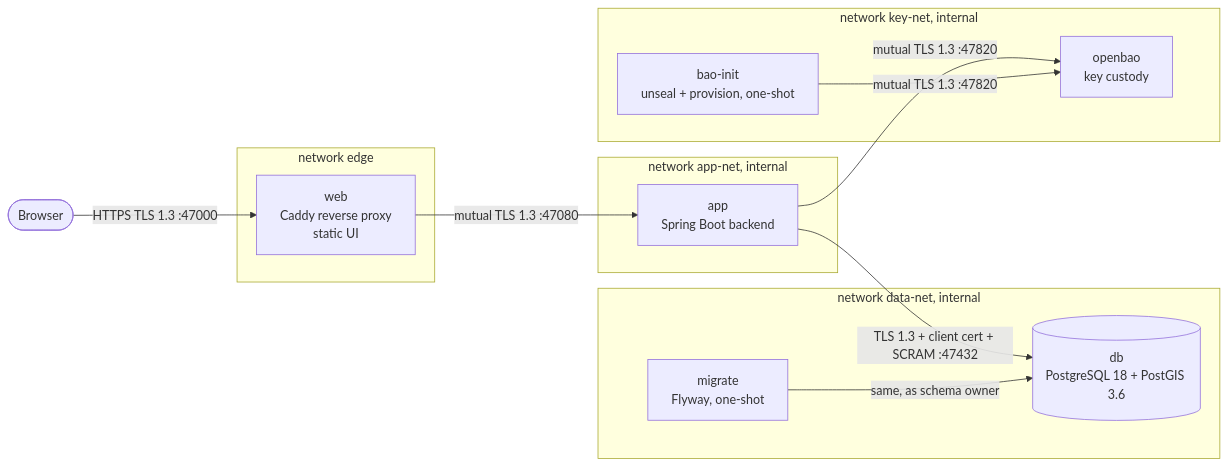
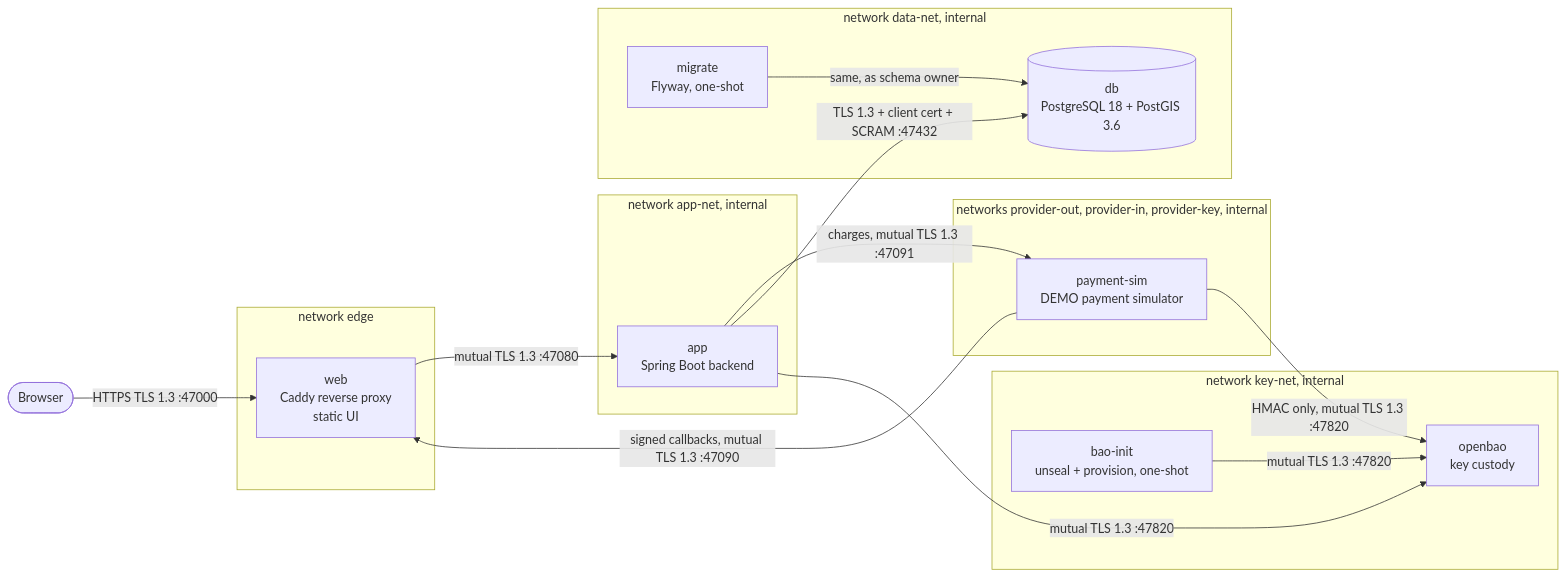
Before and after one commit to la-machine/NILGS: the diagram in docs/technical/01-system-overview.md, drawn with Mermaid. The commit also changed other lines of this file and 467 other files, not shown here.

````diff
--- a/docs/technical/01-system-overview.md
+++ b/docs/technical/01-system-overview.md
@@ -19,23 +20,29 @@
 ```mermaid
 flowchart LR
     browser([Browser]) -- "HTTPS TLS 1.3 :47000" --> web
     subgraph edge [network edge]
         web[web<br/>Caddy reverse proxy<br/>static UI]
     end
     subgraph appnet [network app-net, internal]
         app[app<br/>Spring Boot backend]
     end
     subgraph datanet [network data-net, internal]
         db[(db<br/>PostgreSQL 18 + PostGIS 3.6)]
         migrate[migrate<br/>Flyway, one-shot]
     end
     subgraph keynet [network key-net, internal]
         openbao[openbao<br/>key custody]
         baoinit[bao-init<br/>unseal + provision, one-shot]
     end
+    subgraph provider [networks provider-out, provider-in, provider-key, internal]
+        sim[payment-sim<br/>DEMO payment simulator]
+    end
     web -- "mutual TLS 1.3 :47080" --> app
+    app -- "charges, mutual TLS 1.3 :47091" --> sim
+    sim -- "signed callbacks, mutual TLS 1.3 :47090" --> web
+    sim -- "HMAC only, mutual TLS 1.3 :47820" --> openbao
     app -- "TLS 1.3 + client cert + SCRAM :47432" --> db
     migrate -- "same, as schema owner" --> db
     app -- "mutual TLS 1.3 :47820" --> openbao
     baoinit -- "mutual TLS 1.3 :47820" --> openbao
 ```
````
